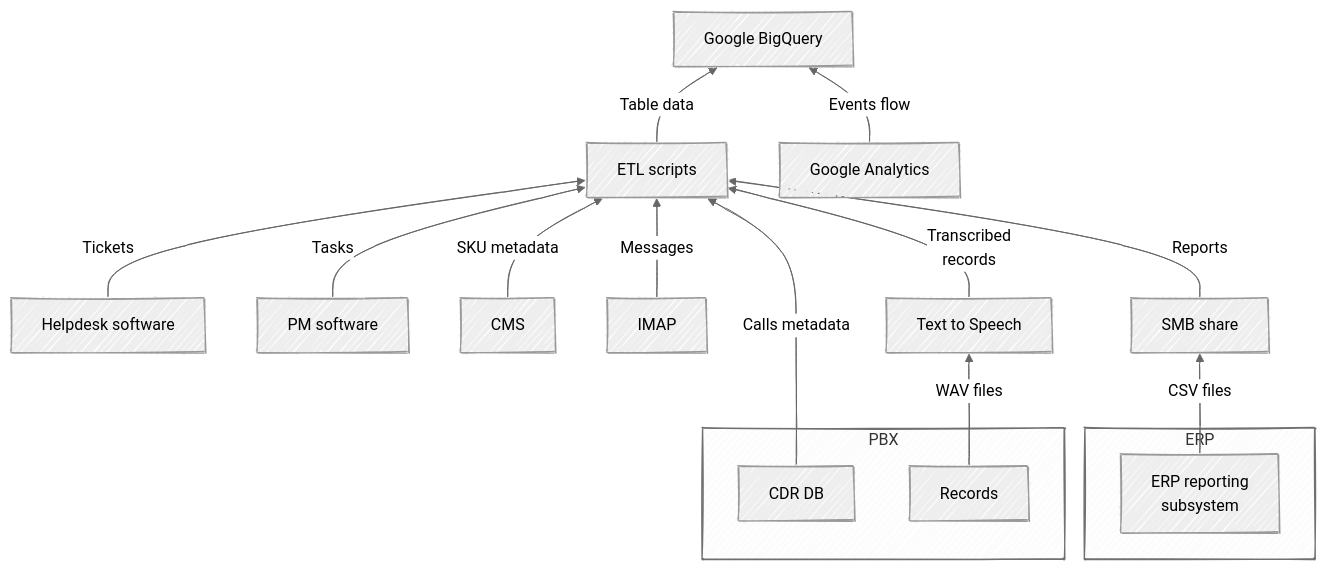
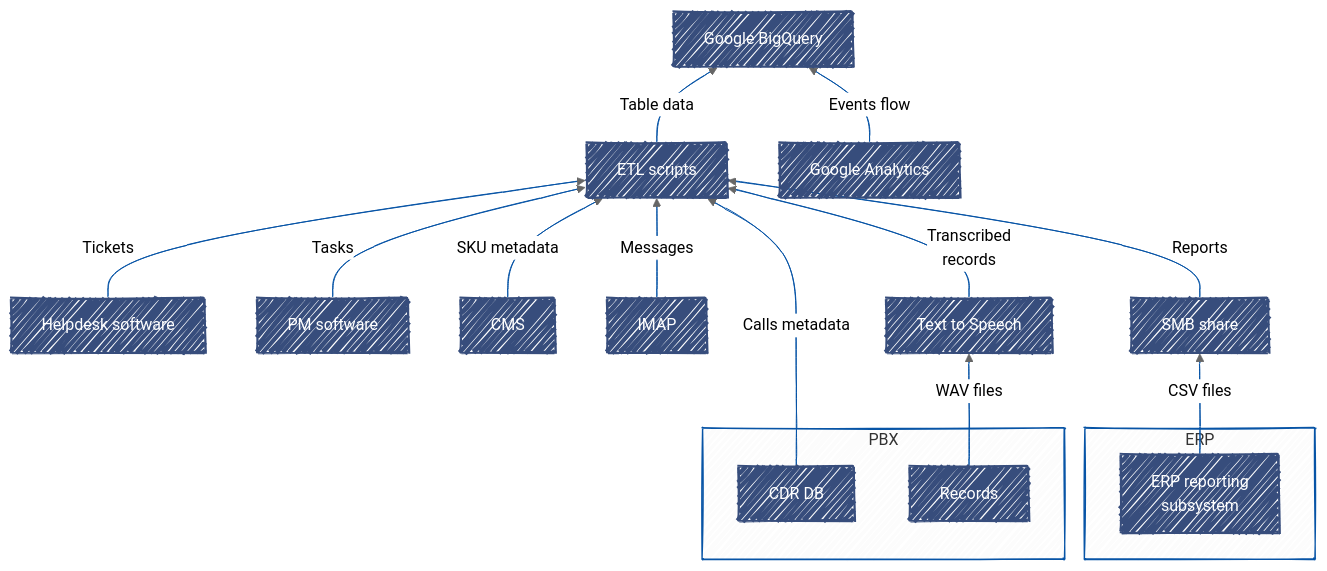
The diagram in posts/20250106-bi-flowchart/diagrams/etl.mmd (AxesAccess/Blog), drawn with Mermaid before and after one commit. The commit also changed 4 other files, not shown here.

Commit message:
Update diagrams' styles

```diff
--- a/posts/20250106-bi-flowchart/diagrams/etl.mmd
+++ b/posts/20250106-bi-flowchart/diagrams/etl.mmd
@@ -1,24 +1,50 @@
 ---
 config:
   look: handDrawn
   theme: neutral
 ---
 flowchart BT
  subgraph s7["PBX"]
         n53["Records"]
         n12["CDR DB"]
   end
-  subgraph s8["ERP"]
+ subgraph s8["ERP"]
         n1["ERP reporting<br>subsystem"]
   end
-    n1["ERP reporting<br>subsystem"] -- CSV files --> n59
-    n6["Helpdesk software"] -- Tickets --> n11
+    n1 -- CSV files --> n59["SMB share"]
+    n6["Helpdesk software"] -- Tickets --> n11["ETL scripts"]
     n7["PM software"] -- Tasks --> n11
     n8["CMS"] -- SKU metadata --> n11
     n9["IMAP"] -- Messages --> n11
     n12 -- Calls metadata --> n11
     n53 -- WAV files --> n54["Text to Speech"]
     n11 -- Table data --> n57["Google BigQuery"]
     n54 -- Transcribed<br>records --> n11
     n58["Google Analytics"] -- Events flow --> n57
-    n59["SMB share"] -- Reports --> n11["ETL scripts"]
+    n59 -- Reports --> n11
+     n53:::Blueprint
+     n12:::Blueprint
+     n1:::Blueprint
+     n59:::Blueprint
+     n6:::Blueprint
+     n11:::Blueprint
+     n7:::Blueprint
+     n8:::Blueprint
+     n9:::Blueprint
+     n54:::Blueprint
+     n57:::Blueprint
+     n58:::Blueprint
+    classDef Blueprint stroke-width:2px, stroke-dasharray:none, stroke:#374D7C, fill:0754a6, color:#ffffff
+    style s7 stroke:#0754a6
+    style s8 stroke:#0754a6
+    linkStyle 0 stroke:#0754a6,fill:none
+    linkStyle 1 stroke:#0754a6,fill:none
+    linkStyle 2 stroke:#0754a6,fill:none
+    linkStyle 3 stroke:#0754a6,fill:none
+    linkStyle 4 stroke:#0754a6,fill:none
+    linkStyle 5 stroke:#0754a6,fill:none
+    linkStyle 6 stroke:#0754a6,fill:none
+    linkStyle 7 stroke:#0754a6,fill:none
+    linkStyle 8 stroke:#0754a6,fill:none
+    linkStyle 9 stroke:#0754a6,fill:none
+    linkStyle 10 stroke:#0754a6,fill:none
```
